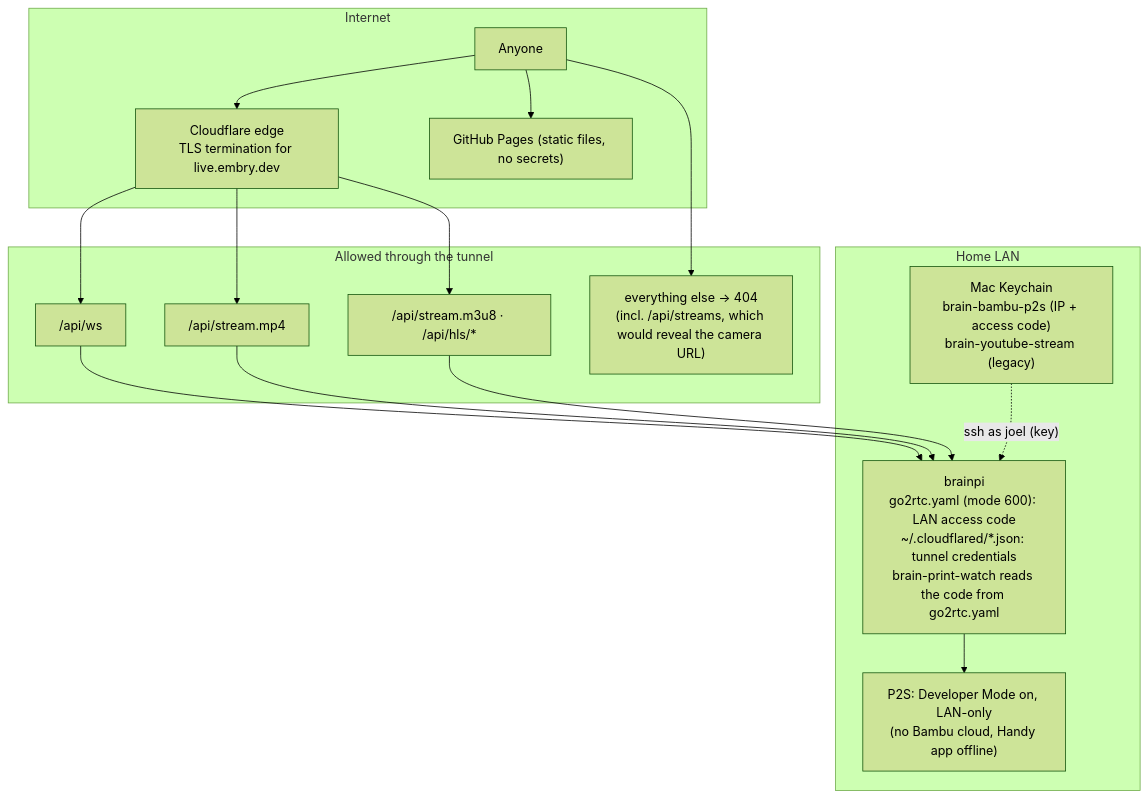
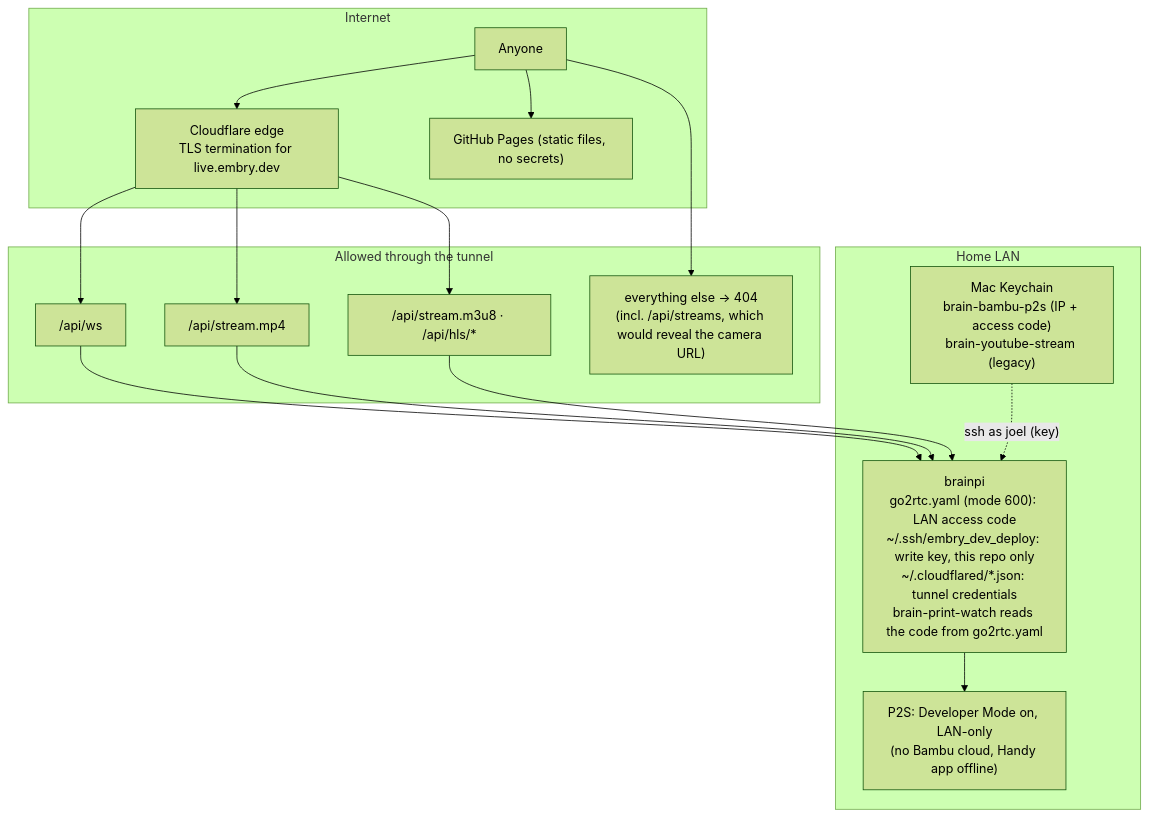
The fourth of 4 diagrams in docs/architecture.md (jtembry/embry.dev), drawn with Mermaid (forest theme) before and after one commit. The commit also changed other lines of this file, not shown here.

Commit message:
docs: gallery sequence and services table reflect Pi publishing

````diff
--- a/docs/architecture.md
+++ b/docs/architecture.md
@@ -106,25 +106,25 @@
 ```mermaid
 flowchart TB
   subgraph Internet
     V["Anyone"]
     CFE["Cloudflare edge<br/>TLS termination for live.embry.dev"]
     GHP["GitHub Pages (static files, no secrets)"]
   end
   subgraph Tunnel["Allowed through the tunnel"]
     T1["/api/ws"]
     T2["/api/stream.mp4"]
     T3["/api/stream.m3u8 · /api/hls/*"]
     T4["everything else → 404<br/>(incl. /api/streams, which would reveal the camera URL)"]
   end
   subgraph LAN["Home LAN"]
-    PI["brainpi<br/>go2rtc.yaml (mode 600): LAN access code<br/>~/.cloudflared/*.json: tunnel credentials<br/>brain-print-watch reads the code from go2rtc.yaml"]
+    PI["brainpi<br/>go2rtc.yaml (mode 600): LAN access code<br/>~/.ssh/embry_dev_deploy: write key, this repo only<br/>~/.cloudflared/*.json: tunnel credentials<br/>brain-print-watch reads the code from go2rtc.yaml"]
     MAC["Mac Keychain<br/>brain-bambu-p2s (IP + access code)<br/>brain-youtube-stream (legacy)"]
     P["P2S: Developer Mode on, LAN-only<br/>(no Bambu cloud, Handy app offline)"]
   end
   V --> CFE --> T1 & T2 & T3
   V --> T4
   T1 & T2 & T3 --> PI
   PI --> P
   MAC -. "ssh as joel (key)" .-> PI
   V --> GHP
 ```
````
